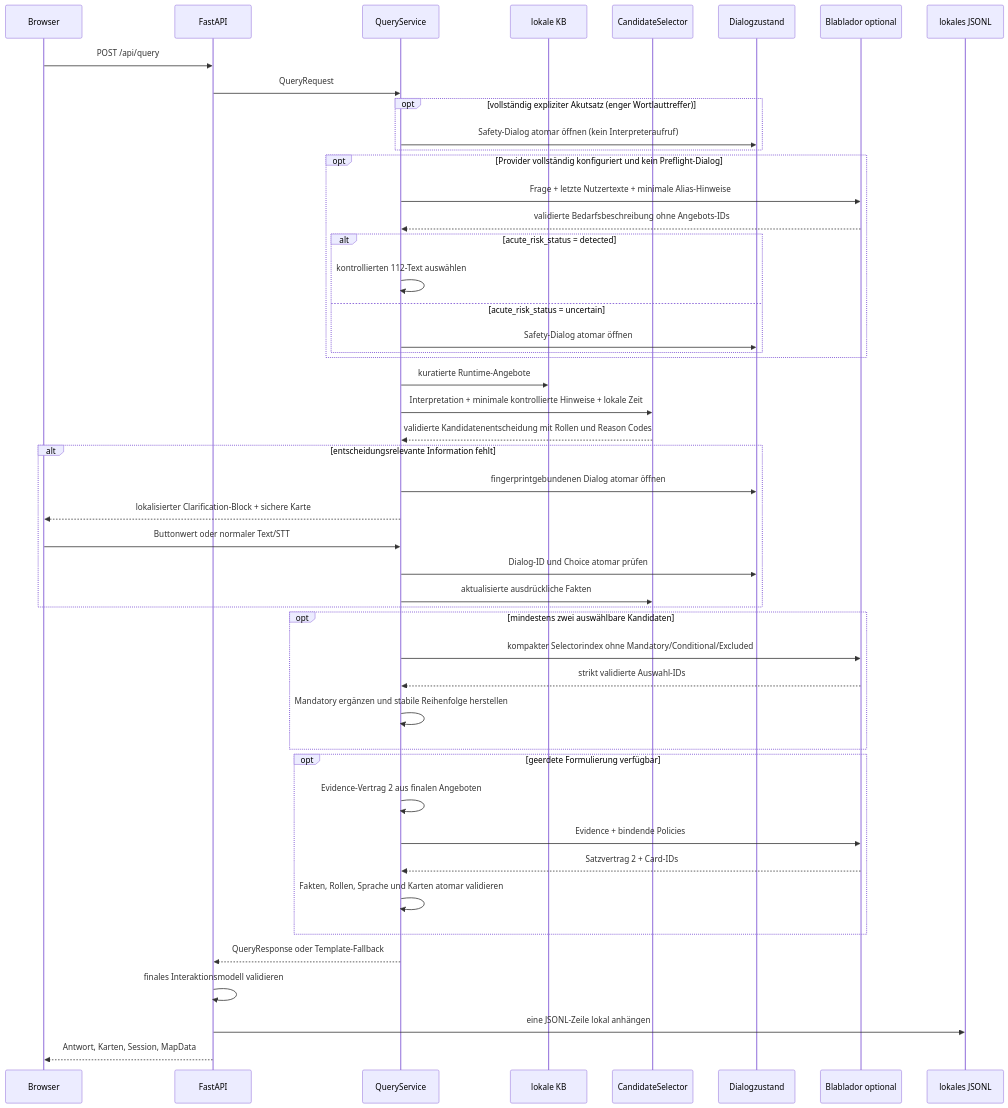
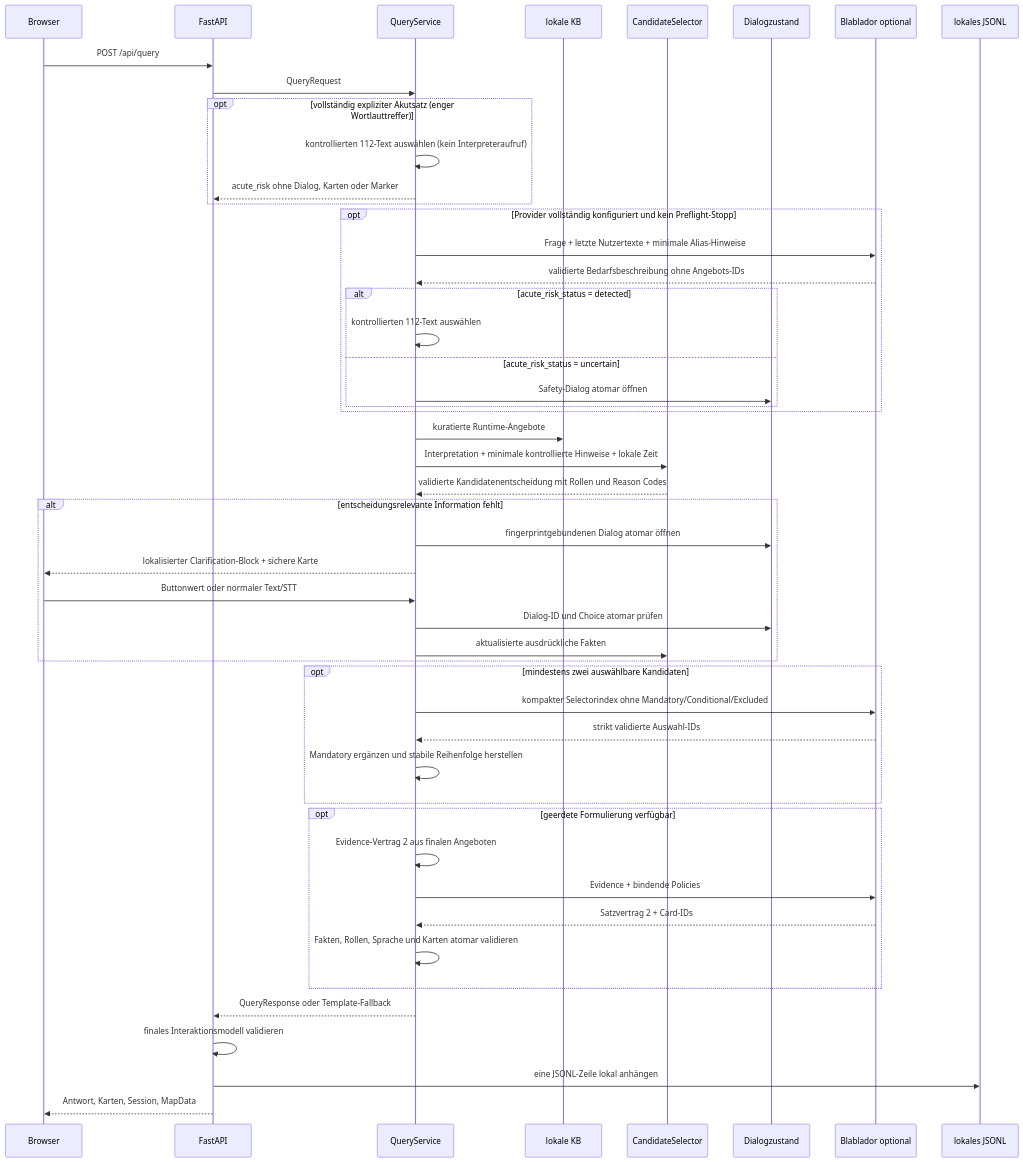
One commit to HannahHoffner/lena-grounded-voice-assistant changed the diagram in docs/data-flow.md. Above: the diagram before and after it, drawn with Mermaid. The commit also changed other lines of this file and 27 other files, not shown here.

````diff
--- a/docs/data-flow.md
+++ b/docs/data-flow.md
@@ -5,50 +5,51 @@
 ```mermaid
 sequenceDiagram
     participant B as Browser
     participant A as FastAPI
     participant S as QueryService
     participant K as lokale KB
     participant C as CandidateSelector
     participant D as Dialogzustand
     participant L as Blablador optional
     participant J as lokales JSONL
     B->>A: POST /api/query
     A->>S: QueryRequest
     opt vollständig expliziter Akutsatz (enger Wortlauttreffer)
-        S->>D: Safety-Dialog atomar öffnen (kein Interpreteraufruf)
+        S->>S: kontrollierten 112-Text auswählen (kein Interpreteraufruf)
+        S-->>A: acute_risk ohne Dialog, Karten oder Marker
     end
-    opt Provider vollständig konfiguriert und kein Preflight-Dialog
+    opt Provider vollständig konfiguriert und kein Preflight-Stopp
         S->>L: Frage + letzte Nutzertexte + minimale Alias-Hinweise
         L-->>S: validierte Bedarfsbeschreibung ohne Angebots-IDs
         alt acute_risk_status = detected
             S->>S: kontrollierten 112-Text auswählen
         else acute_risk_status = uncertain
             S->>D: Safety-Dialog atomar öffnen
         end
     end
     S->>K: kuratierte Runtime-Angebote
     S->>C: Interpretation + minimale kontrollierte Hinweise + lokale Zeit
     C-->>S: validierte Kandidatenentscheidung mit Rollen und Reason Codes
     alt entscheidungsrelevante Information fehlt
         S->>D: fingerprintgebundenen Dialog atomar öffnen
         S-->>B: lokalisierter Clarification-Block + sichere Karte
         B->>S: Buttonwert oder normaler Text/STT
         S->>D: Dialog-ID und Choice atomar prüfen
         S->>C: aktualisierte ausdrückliche Fakten
     end
     opt mindestens zwei auswählbare Kandidaten
         S->>L: kompakter Selectorindex ohne Mandatory/Conditional/Excluded
         L-->>S: strikt validierte Auswahl-IDs
         S->>S: Mandatory ergänzen und stabile Reihenfolge herstellen
     end
     opt geerdete Formulierung verfügbar
         S->>S: Evidence-Vertrag 2 aus finalen Angeboten
         S->>L: Evidence + bindende Policies
         L-->>S: Satzvertrag 2 + Card-IDs
         S->>S: Fakten, Rollen, Sprache und Karten atomar validieren
     end
     S-->>A: QueryResponse oder Template-Fallback
     A->>A: finales Interaktionsmodell validieren
     A->>J: eine JSONL-Zeile lokal anhängen
     A-->>B: Antwort, Karten, Session, MapData
 ```
````
